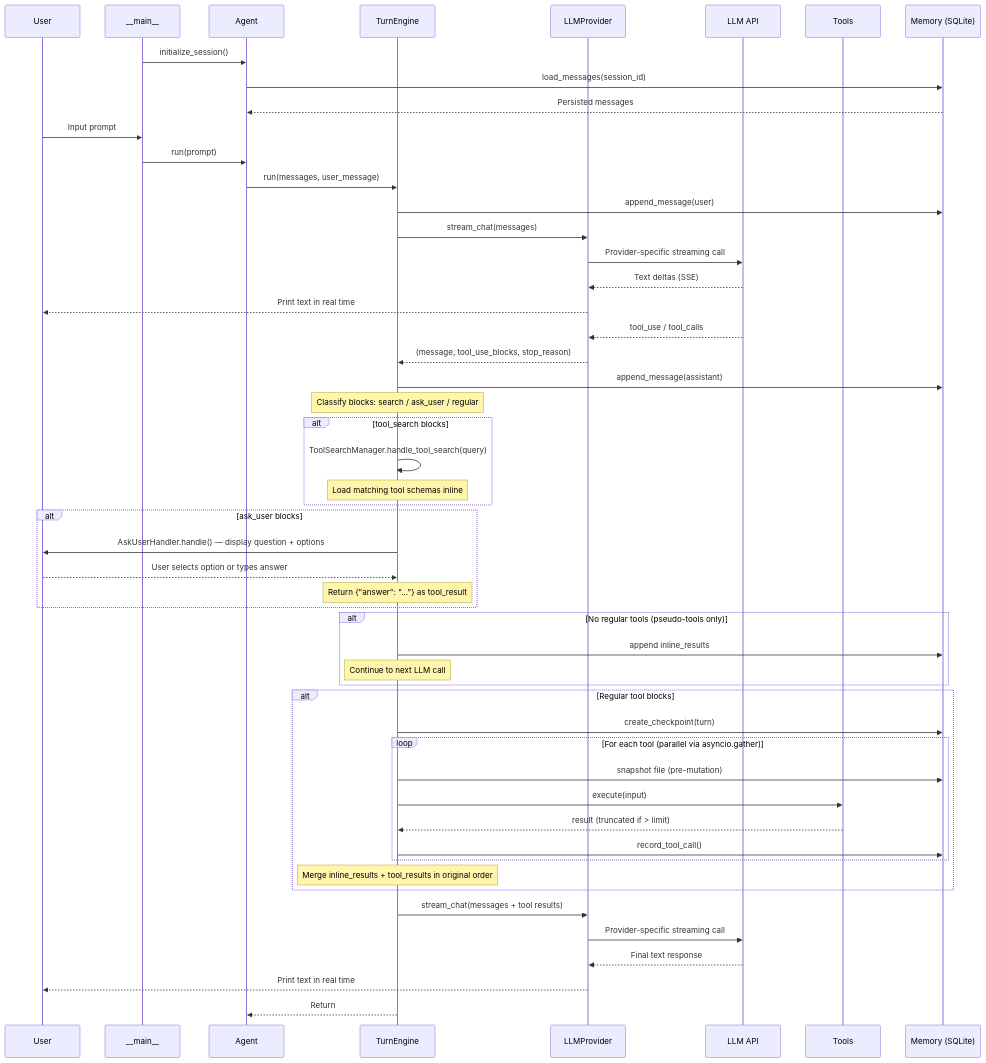
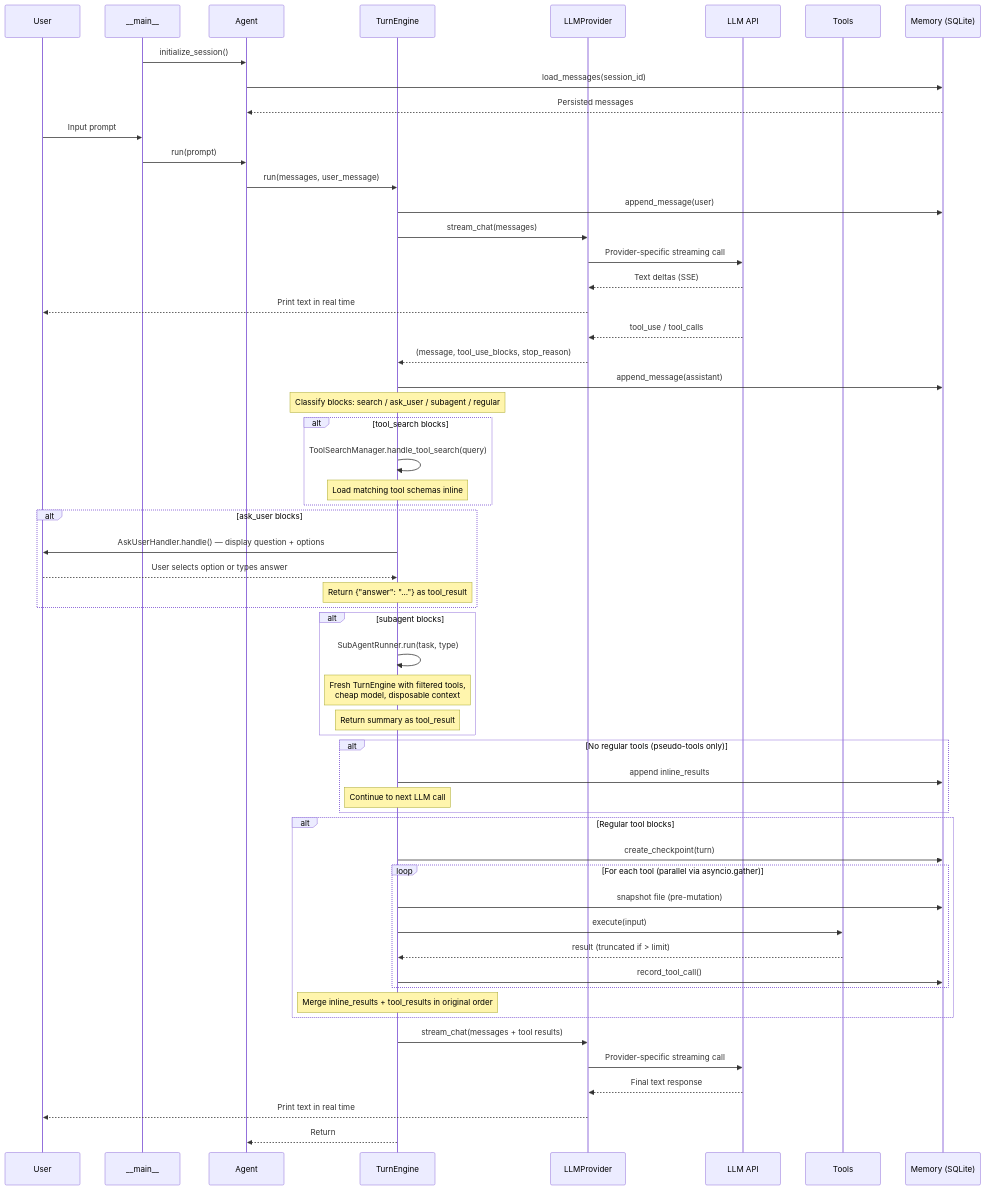
One commit to StephenDenisEdwards/micro-x-agent-loop-python changed the third of 3 diagrams in documentation/docs/architecture/SAD.md. Above: the diagram before and after it, drawn with Mermaid. The commit also changed other lines of this file and 13 other files, not shown here.

First line of the commit message:
feat: implement sub-agent delegation (Phase 1)

````diff
--- a/documentation/docs/architecture/SAD.md
+++ b/documentation/docs/architecture/SAD.md
@@ -248,62 +250,68 @@
 ```mermaid
 sequenceDiagram
     participant U as User
     participant M as __main__
     participant A as Agent
     participant TE as TurnEngine
     participant P as LLMProvider
     participant API as LLM API
     participant T as Tools
     participant Mem as Memory (SQLite)
 
     M->>A: initialize_session()
     A->>Mem: load_messages(session_id)
     Mem-->>A: Persisted messages
 
     U->>M: Input prompt
     M->>A: run(prompt)
     A->>TE: run(messages, user_message)
     TE->>Mem: append_message(user)
     TE->>P: stream_chat(messages)
     P->>API: Provider-specific streaming call
     API-->>P: Text deltas (SSE)
     P-->>U: Print text in real time
     API-->>P: tool_use / tool_calls
     P-->>TE: (message, tool_use_blocks, stop_reason)
     TE->>Mem: append_message(assistant)
 
-    Note over TE: Classify blocks: search / ask_user / regular
+    Note over TE: Classify blocks: search / ask_user / subagent / regular
 
     alt tool_search blocks
         TE->>TE: ToolSearchManager.handle_tool_search(query)
         Note over TE: Load matching tool schemas inline
     end
 
     alt ask_user blocks
         TE->>U: AskUserHandler.handle() — display question + options
         U-->>TE: User selects option or types answer
         Note over TE: Return {"answer": "..."} as tool_result
+    end
+
+    alt subagent blocks
+        TE->>TE: SubAgentRunner.run(task, type)
+        Note over TE: Fresh TurnEngine with filtered tools,<br/>cheap model, disposable context
+        Note over TE: Return summary as tool_result
     end
 
     alt No regular tools (pseudo-tools only)
         TE->>Mem: append inline_results
         Note over TE: Continue to next LLM call
     end
 
     alt Regular tool blocks
         TE->>Mem: create_checkpoint(turn)
         loop For each tool (parallel via asyncio.gather)
             TE->>Mem: snapshot file (pre-mutation)
             TE->>T: execute(input)
             T-->>TE: result (truncated if > limit)
             TE->>Mem: record_tool_call()
         end
         Note over TE: Merge inline_results + tool_results in original order
     end
 
     TE->>P: stream_chat(messages + tool results)
     P->>API: Provider-specific streaming call
     API-->>P: Final text response
     P-->>U: Print text in real time
     TE-->>A: Return
 ```
````
